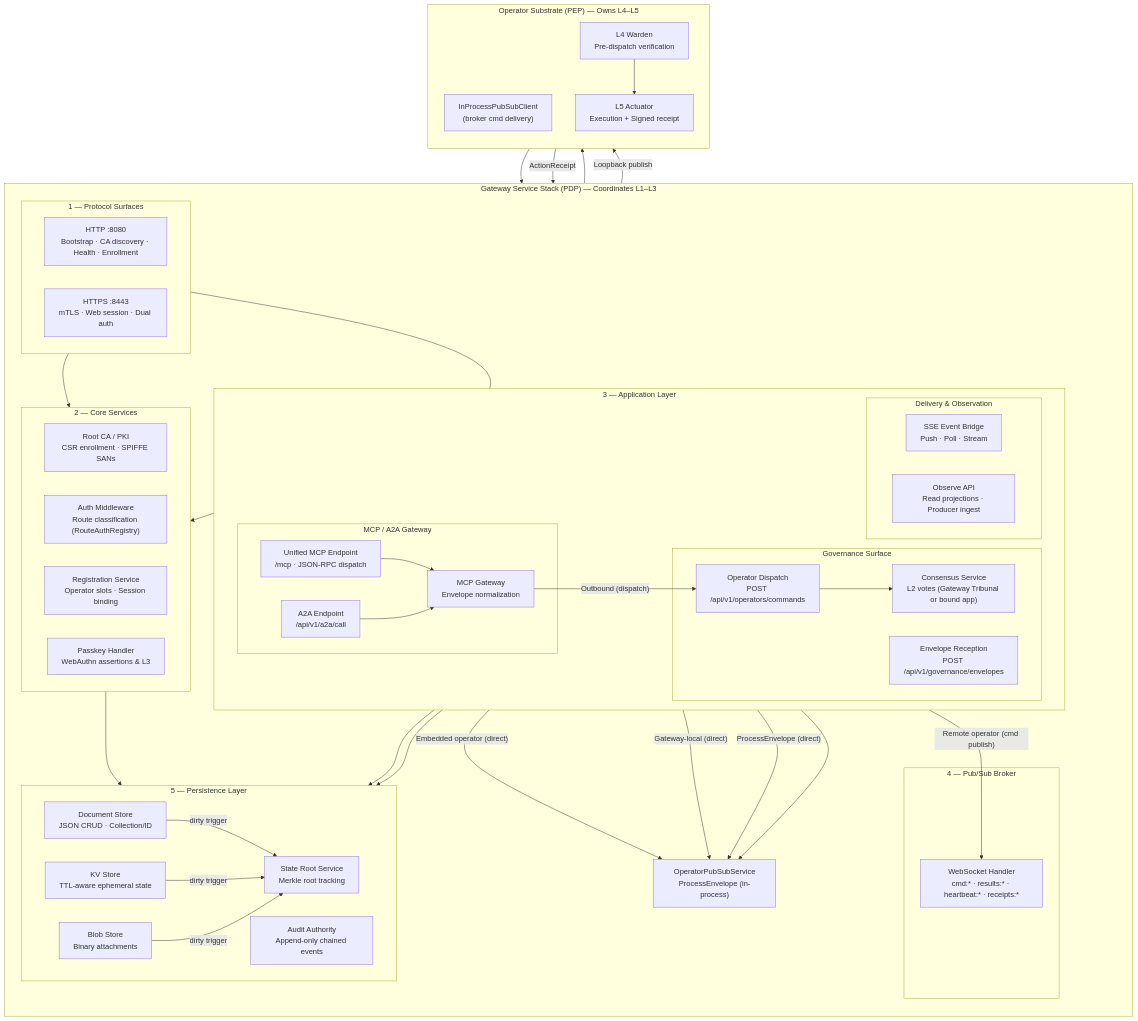
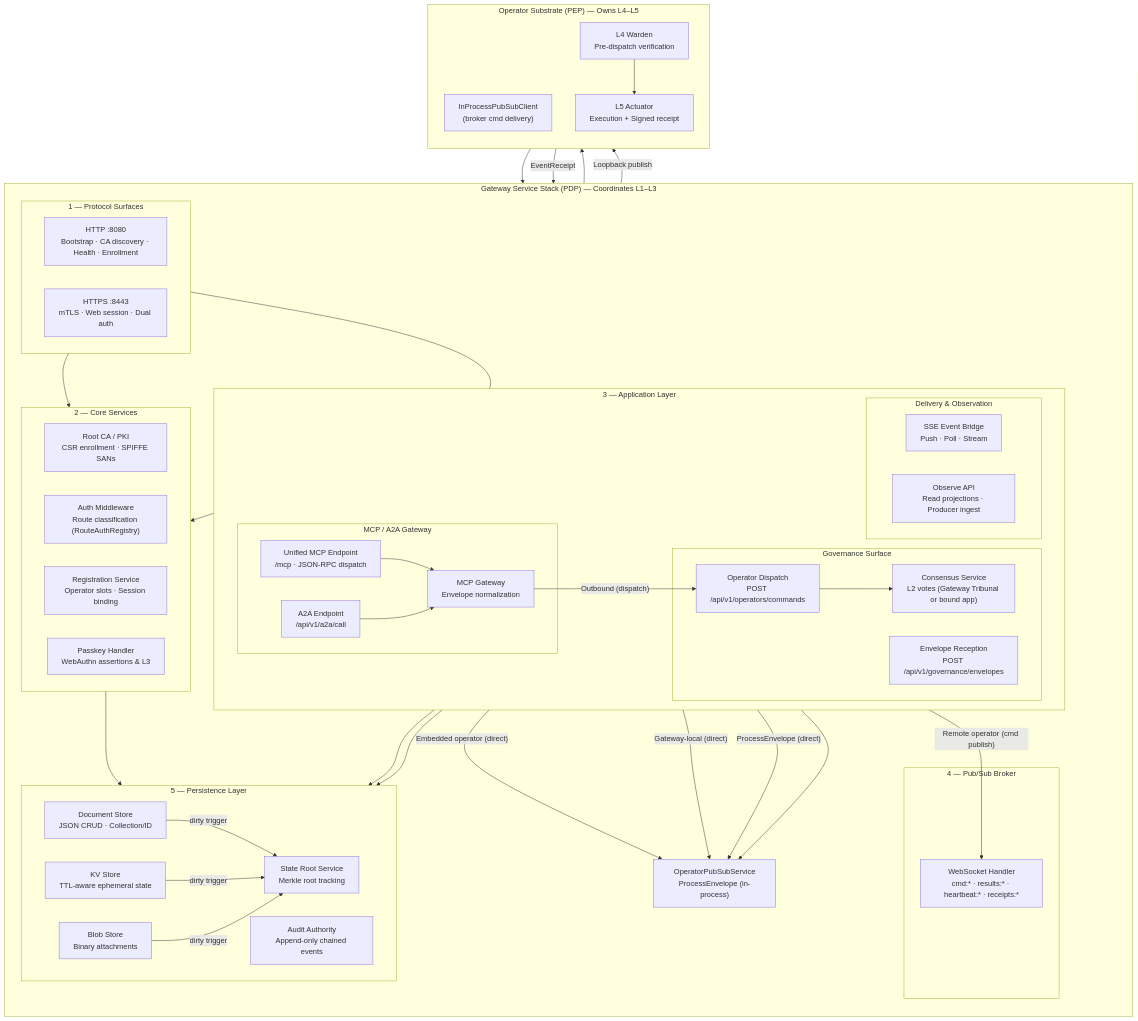
The diagram in docs/diagrams/graph-gateway-services.md (zerotrustdata/ztd), drawn with Mermaid before and after one commit. The commit also changed 655 other files, not shown here.

````diff
--- a/docs/diagrams/graph-gateway-services.md
+++ b/docs/diagrams/graph-gateway-services.md
@@ -106,5 +106,5 @@
     MCPGW -- "Outbound (dispatch)" --> Dispatch
     Dispatch -- "Embedded operator (direct)" --> Warden_Entry
     WSSHandler -- "Loopback publish" --> LoopbackBridge
-    Actuator -- "ActionReceipt" --> AuditDB
+    Actuator -- "EventReceipt" --> AuditDB
 ```
````
